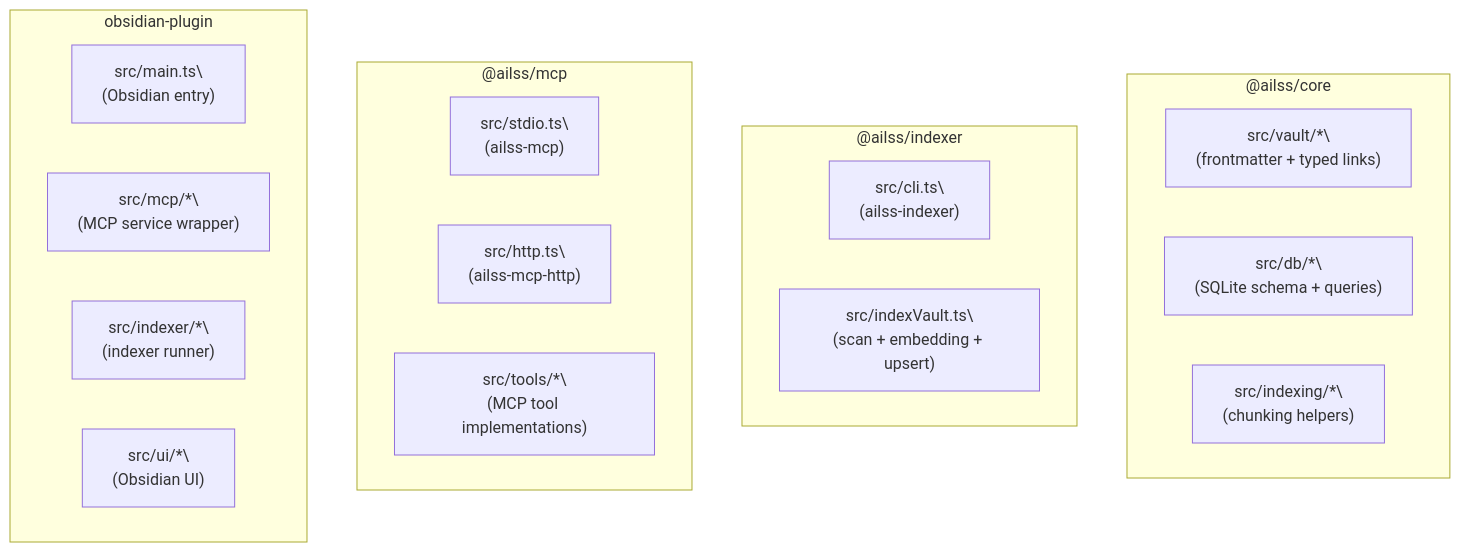
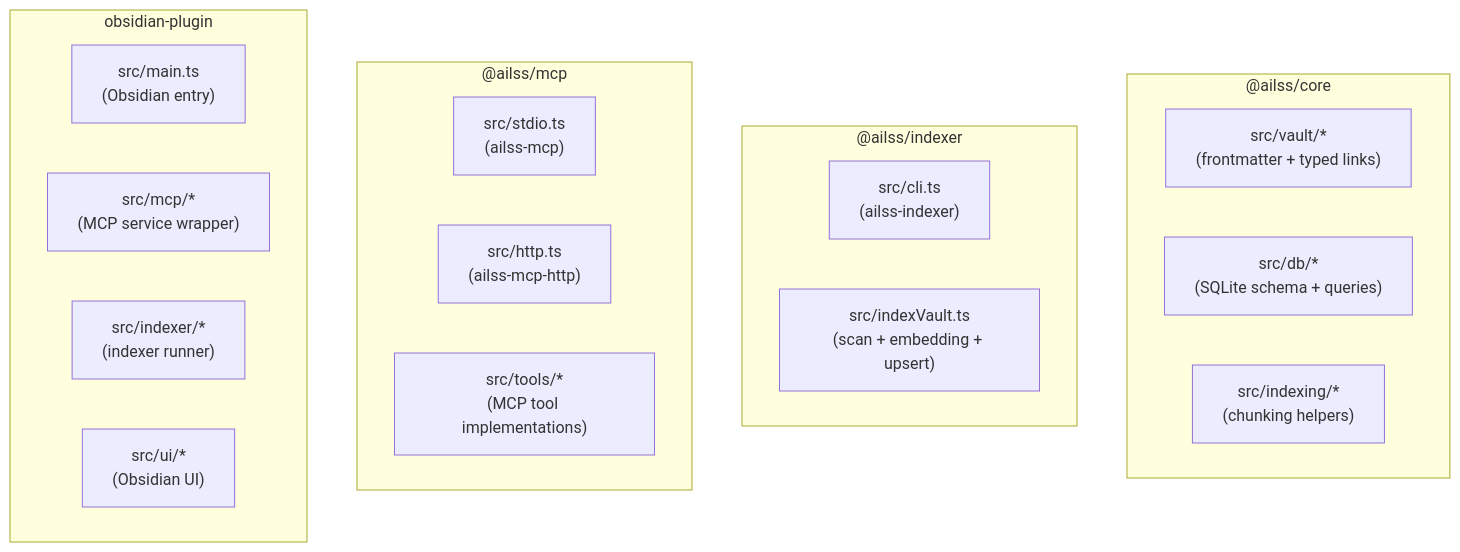
Before and after one commit to maehwasoo/AILSS: the third of 3 diagrams in README.md, drawn with Mermaid. The commit also changed other lines of this file, not shown here.

Commit message:
docs(docs): rename heading and fix mermaid line breaks

````diff
--- a/README.md
+++ b/README.md
@@ -57,26 +57,26 @@
 ```mermaid
 flowchart TB
   subgraph core["@ailss/core"]
-    core_vault["src/vault/*\\n(frontmatter + typed links)"]
-    core_db["src/db/*\\n(SQLite schema + queries)"]
-    core_indexing["src/indexing/*\\n(chunking helpers)"]
+    core_vault["src/vault/*<br/>(frontmatter + typed links)"]
+    core_db["src/db/*<br/>(SQLite schema + queries)"]
+    core_indexing["src/indexing/*<br/>(chunking helpers)"]
   end
 
   subgraph indexer["@ailss/indexer"]
-    indexer_cli["src/cli.ts\\n(ailss-indexer)"]
-    indexer_flow["src/indexVault.ts\\n(scan + embedding + upsert)"]
+    indexer_cli["src/cli.ts<br/>(ailss-indexer)"]
+    indexer_flow["src/indexVault.ts<br/>(scan + embedding + upsert)"]
   end
 
   subgraph mcp["@ailss/mcp"]
-    mcp_stdio["src/stdio.ts\\n(ailss-mcp)"]
-    mcp_http["src/http.ts\\n(ailss-mcp-http)"]
-    mcp_tools["src/tools/*\\n(MCP tool implementations)"]
+    mcp_stdio["src/stdio.ts<br/>(ailss-mcp)"]
+    mcp_http["src/http.ts<br/>(ailss-mcp-http)"]
+    mcp_tools["src/tools/*<br/>(MCP tool implementations)"]
   end
 
   subgraph plugin["obsidian-plugin"]
-    plugin_main["src/main.ts\\n(Obsidian entry)"]
-    plugin_mcp["src/mcp/*\\n(MCP service wrapper)"]
-    plugin_indexer["src/indexer/*\\n(indexer runner)"]
-    plugin_ui["src/ui/*\\n(Obsidian UI)"]
+    plugin_main["src/main.ts<br/>(Obsidian entry)"]
+    plugin_mcp["src/mcp/*<br/>(MCP service wrapper)"]
+    plugin_indexer["src/indexer/*<br/>(indexer runner)"]
+    plugin_ui["src/ui/*<br/>(Obsidian UI)"]
   end
 ```
````
